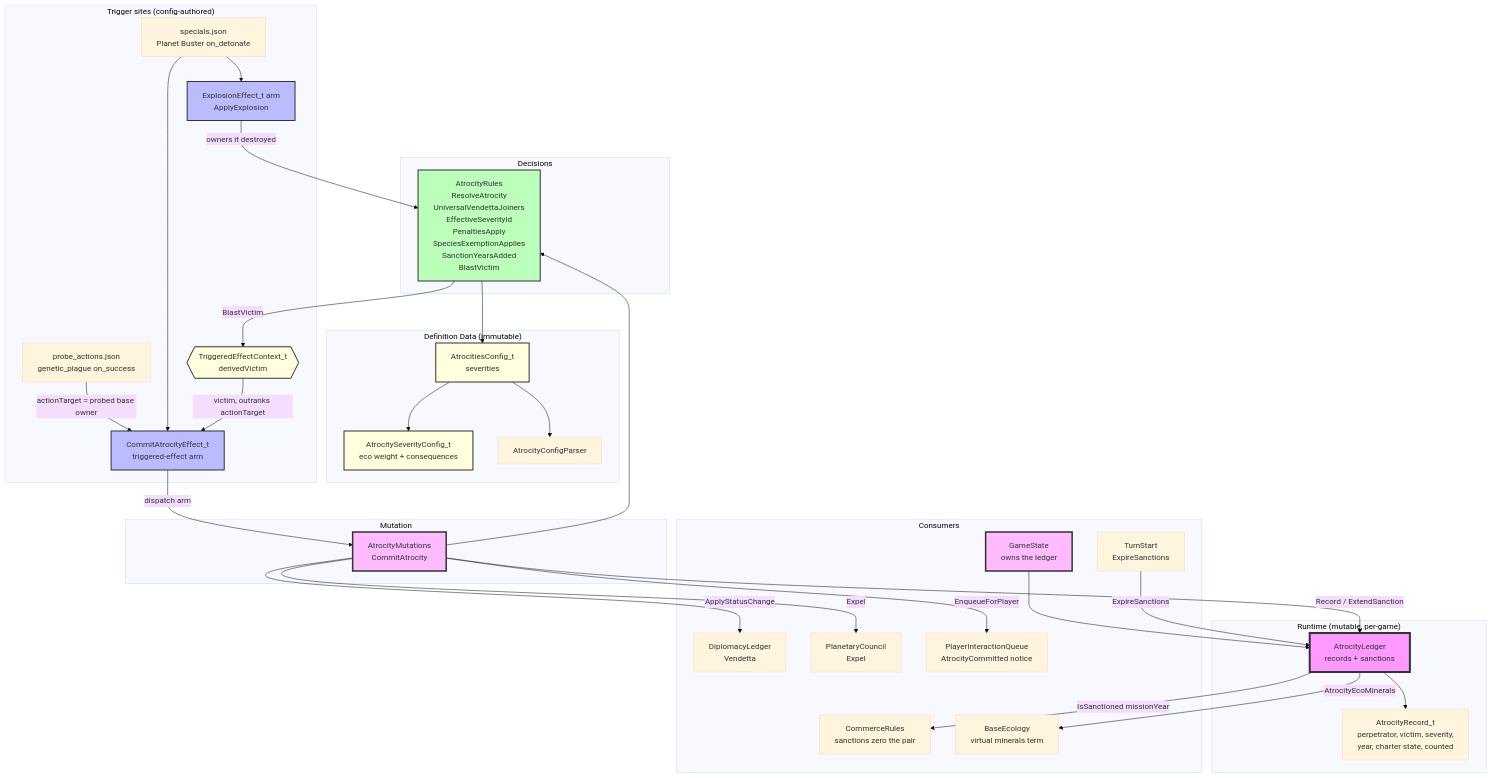
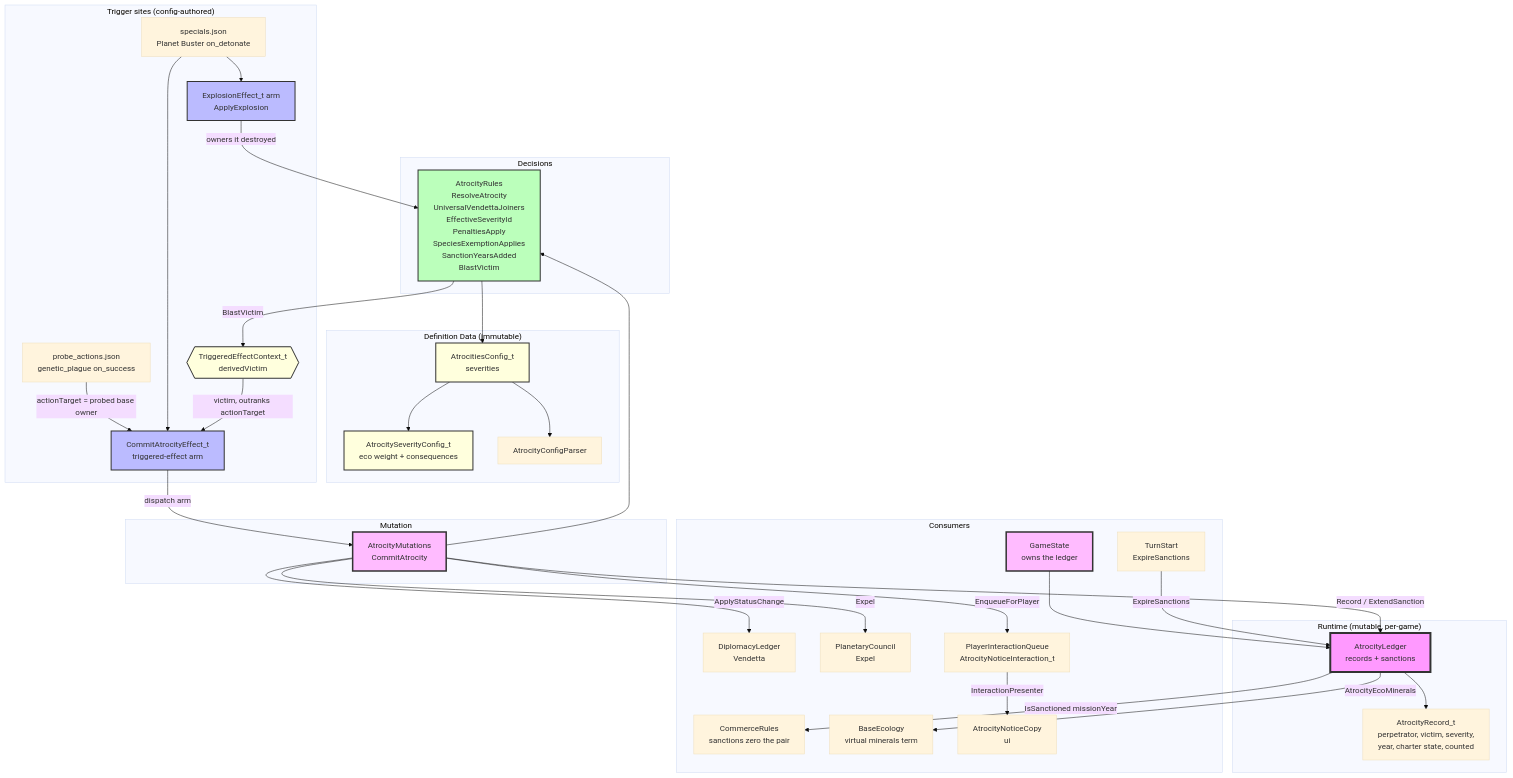
One commit to kilianloftis/alpha-centauri changed the diagram in docs/architecture/atrocity-system.md. Above: the diagram before and after it, drawn with Mermaid (base theme). The commit also changed other lines of this file and 52 other files, not shown here.

````diff
--- a/docs/architecture/atrocity-system.md
+++ b/docs/architecture/atrocity-system.md
@@ -3,74 +3,76 @@
 ```mermaid
 graph TB
     subgraph "Runtime (mutable, per-game)"
         AtrocityLedger[AtrocityLedger<br/>records + sanctions]
         AtrocityRecord[AtrocityRecord_t<br/>perpetrator, victim, severity,<br/>year, charter state, counted]
     end
 
     subgraph "Decisions"
         AtrocityRules[AtrocityRules<br/>ResolveAtrocity<br/>UniversalVendettaJoiners<br/>EffectiveSeverityId<br/>PenaltiesApply<br/>SpeciesExemptionApplies<br/>SanctionYearsAdded<br/>BlastVictim]
     end
 
     subgraph "Mutation"
         AtrocityMutations[AtrocityMutations<br/>CommitAtrocity]
     end
 
     subgraph "Definition Data (immutable)"
         AtrocitiesConfig[AtrocitiesConfig_t<br/>severities]
         SeverityConfig[AtrocitySeverityConfig_t<br/>eco weight + consequences]
         AtrocityParser[AtrocityConfigParser]
     end
 
     subgraph "Trigger sites (config-authored)"
         CommitArm[CommitAtrocityEffect_t<br/>triggered-effect arm]
         ProbeActions[probe_actions.json<br/>genetic_plague on_success]
         Warheads[specials.json<br/>Planet Buster on_detonate]
         ExplosionArm[ExplosionEffect_t arm<br/>ApplyExplosion]
         DerivedVictim{{"TriggeredEffectContext_t<br/>derivedVictim"}}
     end
 
     subgraph "Consumers"
         GameState[GameState<br/>owns the ledger]
         DiplomacyLedger[DiplomacyLedger<br/>Vendetta]
         PlanetaryCouncil[PlanetaryCouncil<br/>Expel]
         CommerceRules[CommerceRules<br/>sanctions zero the pair]
         EcoDamage[BaseEcology<br/>virtual minerals term]
         TurnStart[TurnStart<br/>ExpireSanctions]
-        Notices[PlayerInteractionQueue<br/>AtrocityCommitted notice]
+        Notices[PlayerInteractionQueue<br/>AtrocityNoticeInteraction_t]
+        AtrocityNotices[AtrocityNoticeCopy<br/>ui]
     end
 
     GameState --> AtrocityLedger
     AtrocityLedger --> AtrocityRecord
 
     ProbeActions -->|actionTarget = probed base owner| CommitArm
     Warheads --> ExplosionArm
     Warheads --> CommitArm
     ExplosionArm -->|owners it destroyed| AtrocityRules
     AtrocityRules -->|BlastVictim| DerivedVictim
     DerivedVictim -->|victim, outranks actionTarget| CommitArm
     CommitArm -->|dispatch arm| AtrocityMutations
 
     AtrocityMutations --> AtrocityRules
     AtrocityMutations -->|Record / ExtendSanction| AtrocityLedger
     AtrocityMutations -->|ApplyStatusChange| DiplomacyLedger
     AtrocityMutations -->|Expel| PlanetaryCouncil
     AtrocityMutations -->|EnqueueForPlayer| Notices
+    Notices -->|InteractionPresenter| AtrocityNotices
 
     AtrocityRules --> AtrocitiesConfig
     AtrocitiesConfig --> SeverityConfig
     AtrocitiesConfig --> AtrocityParser
 
     AtrocityLedger -->|IsSanctioned missionYear| CommerceRules
     AtrocityLedger -->|AtrocityEcoMinerals| EcoDamage
     TurnStart -->|ExpireSanctions| AtrocityLedger
 
     style AtrocityLedger fill:#f9f,stroke:#333,stroke-width:4px
     style AtrocityMutations fill:#fbf,stroke:#333,stroke-width:3px
     style AtrocityRules fill:#bfb,stroke:#333,stroke-width:2px
     style AtrocitiesConfig fill:#ffd,stroke:#333,stroke-width:2px
     style SeverityConfig fill:#ffd,stroke:#333,stroke-width:2px
     style CommitArm fill:#bbf,stroke:#333,stroke-width:2px
     style ExplosionArm fill:#bbf,stroke:#333,stroke-width:2px
     style DerivedVictim fill:#ffd,stroke:#333,stroke-width:2px
     style GameState fill:#fbf,stroke:#333,stroke-width:3px
 ```
````
